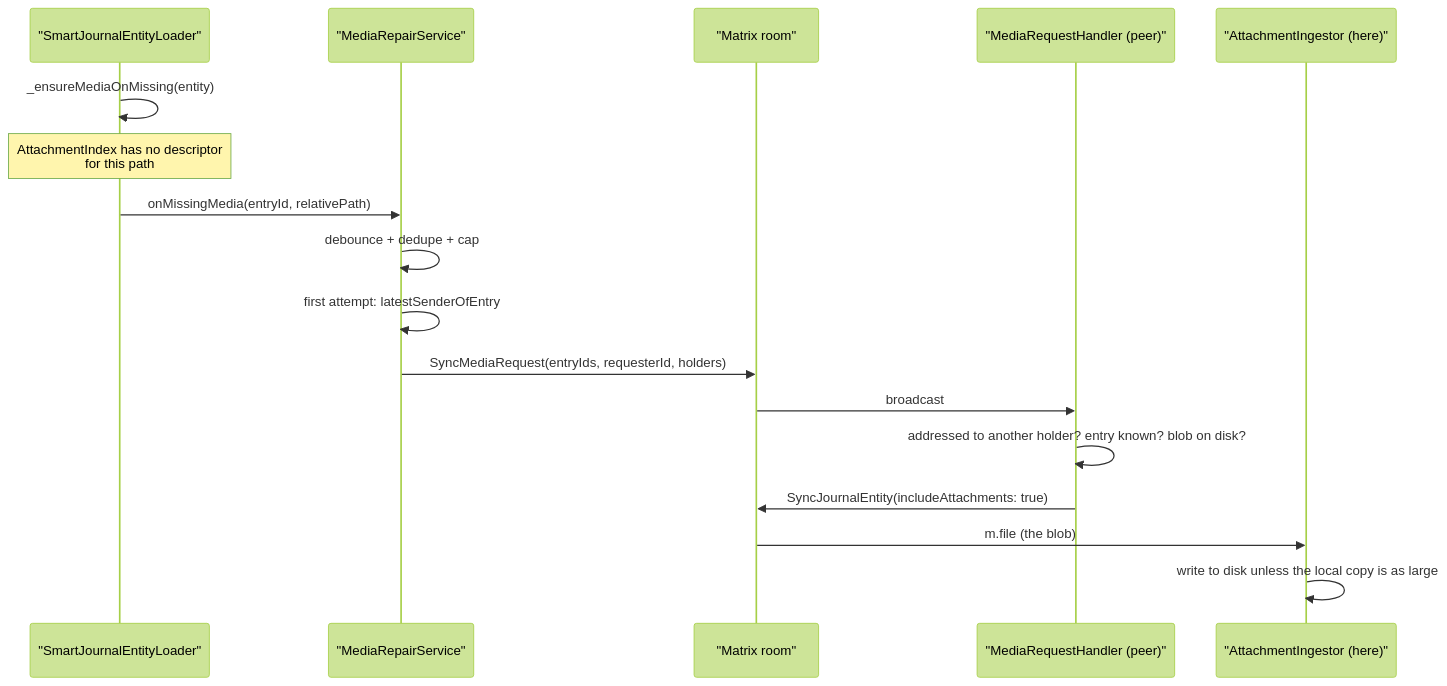
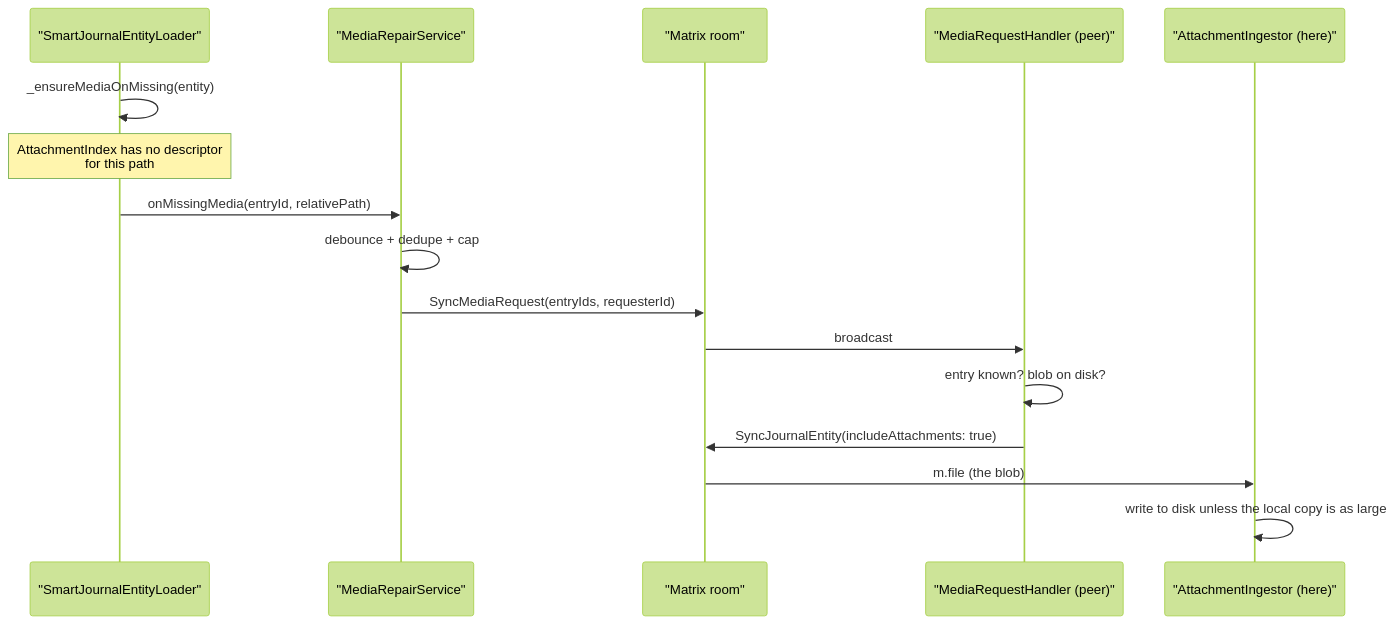
Before and after one commit to matthiasn/lotti: the second of 7 diagrams in knowledge/features/sync/send-path.md, drawn with Mermaid (forest theme). The commit also changed other lines of this file and 16 other files, not shown here.

Commit message:
fix(sync): media requests stay broadcast; planner repacks until shards fit

````diff
--- a/knowledge/features/sync/send-path.md
+++ b/knowledge/features/sync/send-path.md
@@ -146,20 +146,19 @@
 ```mermaid
 sequenceDiagram
   participant Loader as "SmartJournalEntityLoader"
   participant Repair as "MediaRepairService"
   participant Room as "Matrix room"
   participant Peer as "MediaRequestHandler (peer)"
   participant Ingest as "AttachmentIngestor (here)"
 
   Loader->>Loader: _ensureMediaOnMissing(entity)
   Note over Loader: AttachmentIndex has no descriptor<br/>for this path
   Loader->>Repair: onMissingMedia(entryId, relativePath)
   Repair->>Repair: debounce + dedupe + cap
-  Repair->>Repair: first attempt: latestSenderOfEntry
-  Repair->>Room: SyncMediaRequest(entryIds, requesterId, holders)
+  Repair->>Room: SyncMediaRequest(entryIds, requesterId)
   Room->>Peer: broadcast
-  Peer->>Peer: addressed to another holder? entry known? blob on disk?
+  Peer->>Peer: entry known? blob on disk?
   Peer->>Room: SyncJournalEntity(includeAttachments: true)
   Room->>Ingest: m.file (the blob)
   Ingest->>Ingest: write to disk unless the local copy is as large
 ```
````
